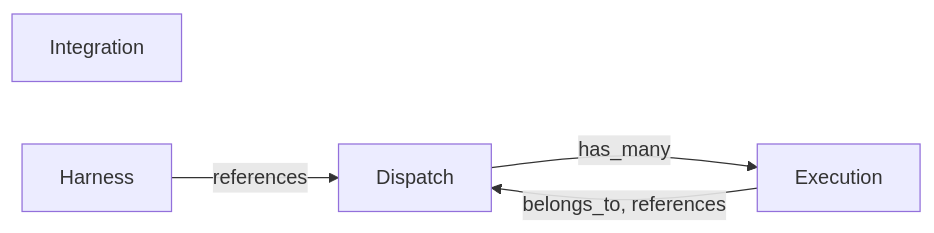
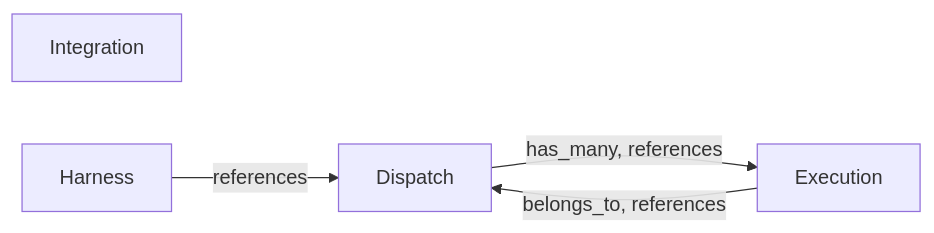
The first of 2 diagrams in docs/domain/overview.md (webgrip/ploeg), drawn with Mermaid before and after one commit. The commit also changed other lines of this file and 3 other files, not shown here.

````diff
--- a/docs/domain/overview.md
+++ b/docs/domain/overview.md
@@ -18,10 +18,10 @@
 ```mermaid
 flowchart LR
     Dispatch["Dispatch"]
     Integration["Integration"]
     Execution["Execution"]
     Harness["Harness"]
-    Dispatch -->|has_many| Execution
+    Dispatch -->|has_many, references| Execution
     Execution -->|belongs_to, references| Dispatch
     Harness -->|references| Dispatch
 ```
````
